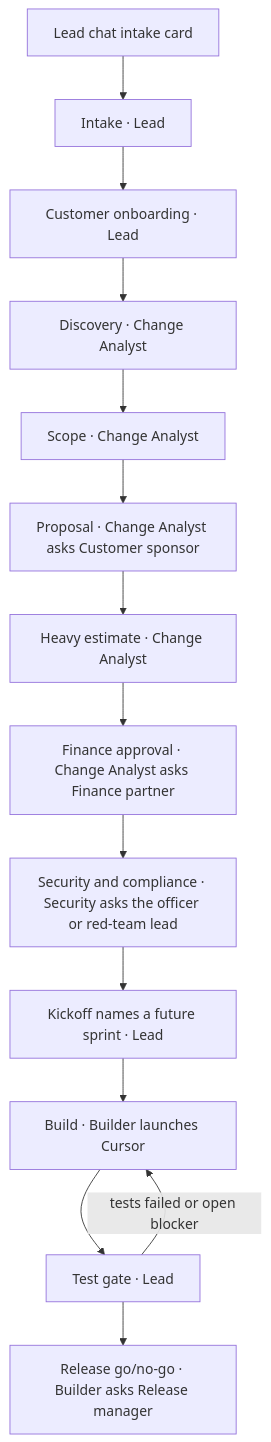
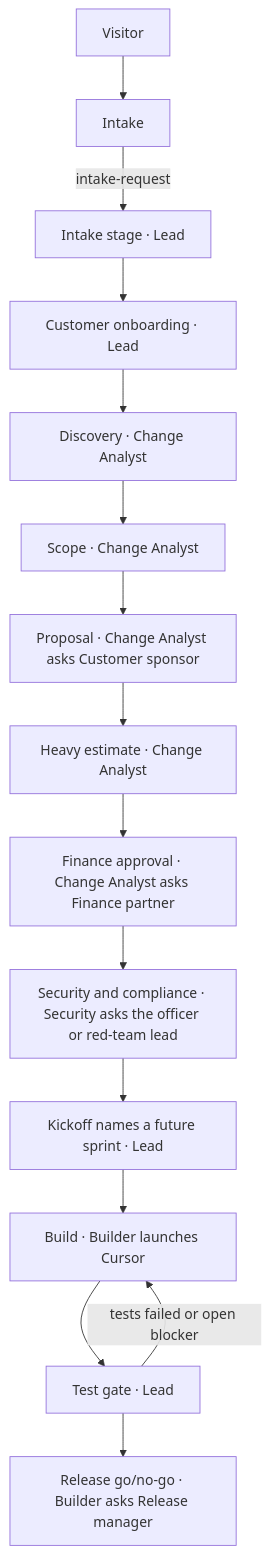
Before and after one commit to vishamathur/mvp-releasedesk: the second of 2 diagrams in docs/sdlc/overview.md, drawn with Mermaid. The commit also changed other lines of this file and 33 other files, not shown here.

First line of the commit message:
feat: add Intake as the public front door to Lead

````diff
--- a/docs/sdlc/overview.md
+++ b/docs/sdlc/overview.md
@@ -35,16 +36,17 @@
 ```mermaid
 flowchart TD
-  intakeCard["Lead chat intake card"] --> intake["Intake · Lead"]
+  visitor["Visitor"] --> intakeBot["Intake"]
+  intakeBot -->|"intake-request"| intake["Intake stage · Lead"]
   intake --> onboard["Customer onboarding · Lead"]
   onboard --> discovery["Discovery · Change Analyst"]
   discovery --> scope["Scope · Change Analyst"]
   scope --> proposal["Proposal · Change Analyst asks Customer sponsor"]
   proposal --> estimate["Heavy estimate · Change Analyst"]
   estimate --> finance["Finance approval · Change Analyst asks Finance partner"]
   finance --> security["Security and compliance · Security asks the officer or red-team lead"]
   security --> kickoff["Kickoff names a future sprint · Lead"]
   kickoff --> build["Build · Builder launches Cursor"]
   build --> testGate["Test gate · Lead"]
   testGate --> release["Release go/no-go · Builder asks Release manager"]
   testGate -->|tests failed or open blocker| build
 ```
````
